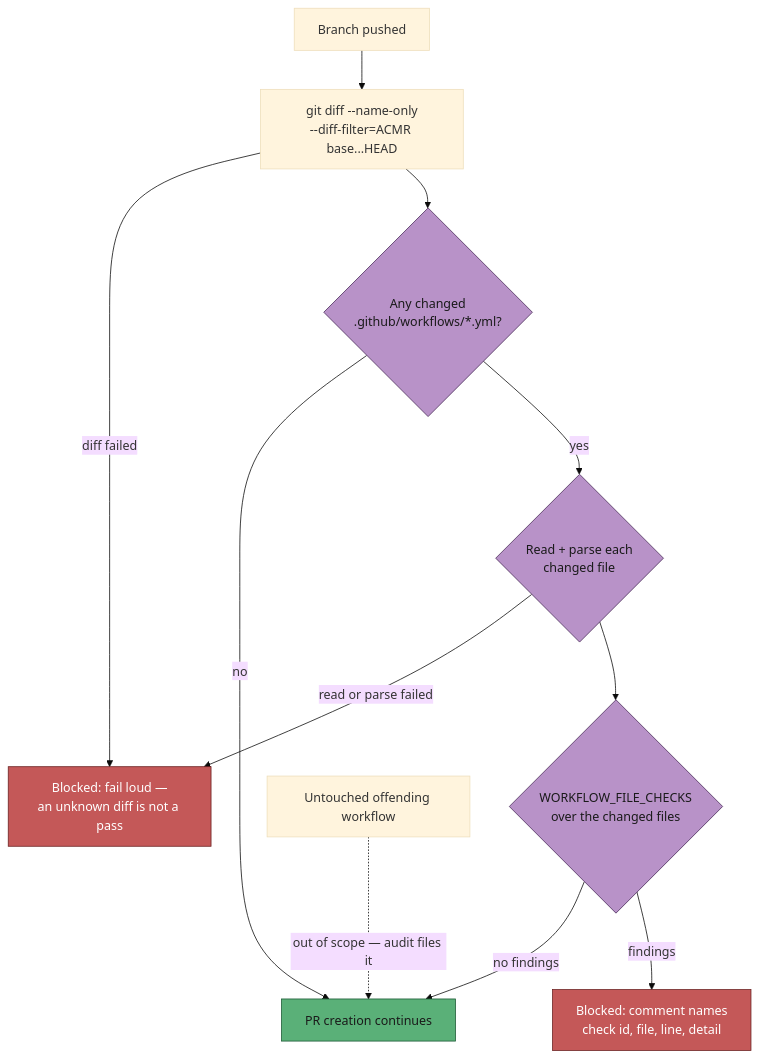
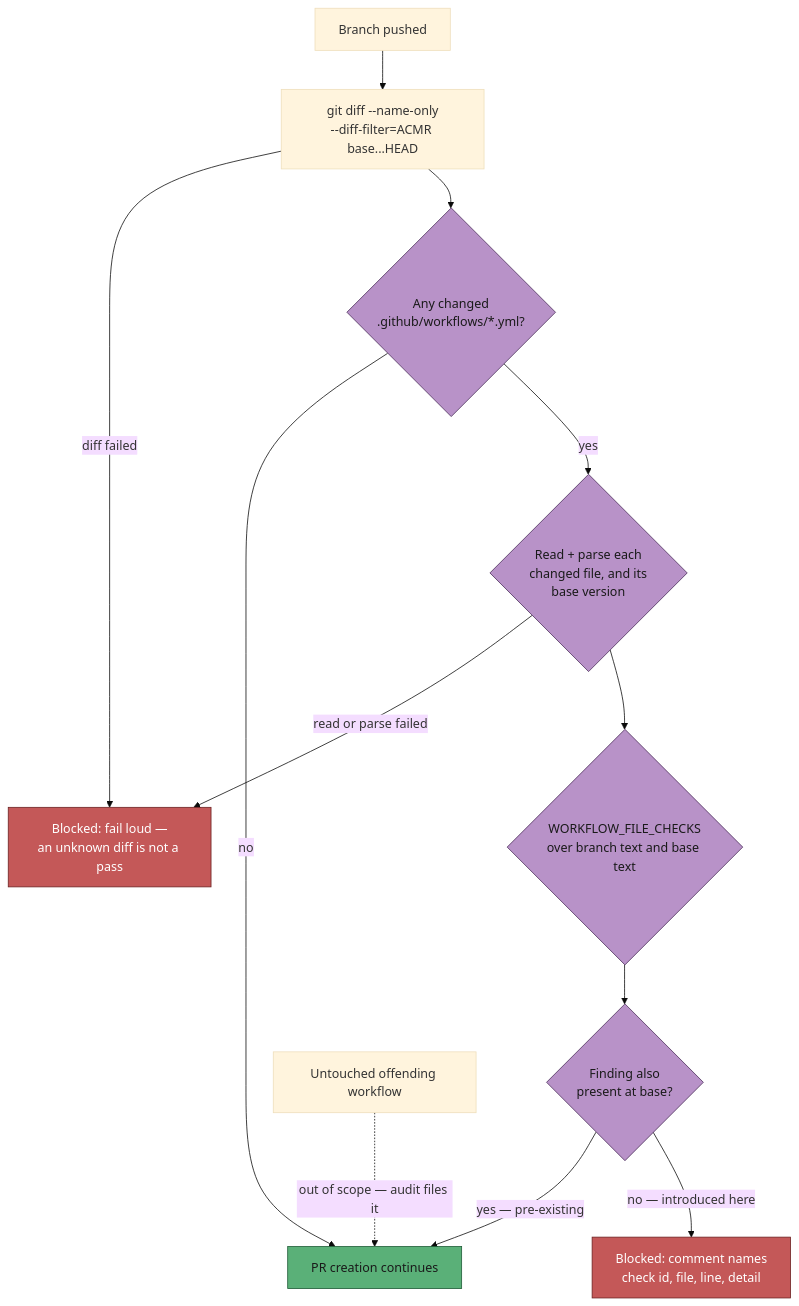
Diagram 15 of 18 in docs/workflows/issue-processing.md (stSoftwareAU/VibeCoder), drawn with Mermaid (base theme) before and after one commit. The commit also changed other lines of this file and 5 other files, not shown here.

First line of the commit message:
Baseline the changed-workflow gate against the base commit (#2043)

````diff
--- a/docs/workflows/issue-processing.md
+++ b/docs/workflows/issue-processing.md
@@ -1011,19 +1026,21 @@
 ```mermaid
 flowchart TD
     A["Branch pushed"] --> D["git diff --name-only<br/>--diff-filter=ACMR base...HEAD"]
     D -->|"diff failed"| X["Blocked: fail loud —<br/>an unknown diff is not a pass"]
     D --> F{"Any changed<br/>.github/workflows/*.yml?"}
     F -->|no| PR["PR creation continues"]
-    F -->|yes| R{"Read + parse each<br/>changed file"}
+    F -->|yes| R{"Read + parse each<br/>changed file, and its<br/>base version"}
     R -->|"read or parse failed"| X
-    R --> C{"WORKFLOW_FILE_CHECKS<br/>over the changed files"}
-    C -->|"no findings"| PR
-    C -->|"findings"| B["Blocked: comment names<br/>check id, file, line, detail"]
+    R --> C{"WORKFLOW_FILE_CHECKS<br/>over branch text and base text"}
+    C --> DF{"Finding also<br/>present at base?"}
+    DF -->|"yes — pre-existing"| PR
+    DF -->|"no — introduced here"| B["Blocked: comment names<br/>check id, file, line, detail"]
     U["Untouched offending workflow"] -.->|"out of scope — audit files it"| PR
     style F fill:#b892c8,stroke:#4a2d5a,color:#1a1a1a
     style R fill:#b892c8,stroke:#4a2d5a,color:#1a1a1a
     style C fill:#b892c8,stroke:#4a2d5a,color:#1a1a1a
+    style DF fill:#b892c8,stroke:#4a2d5a,color:#1a1a1a
     style PR fill:#5ab078,stroke:#1d5a35,color:#1a1a1a
     style B fill:#c45858,stroke:#6b2020,color:#fff
     style X fill:#c45858,stroke:#6b2020,color:#fff
 ```
````
